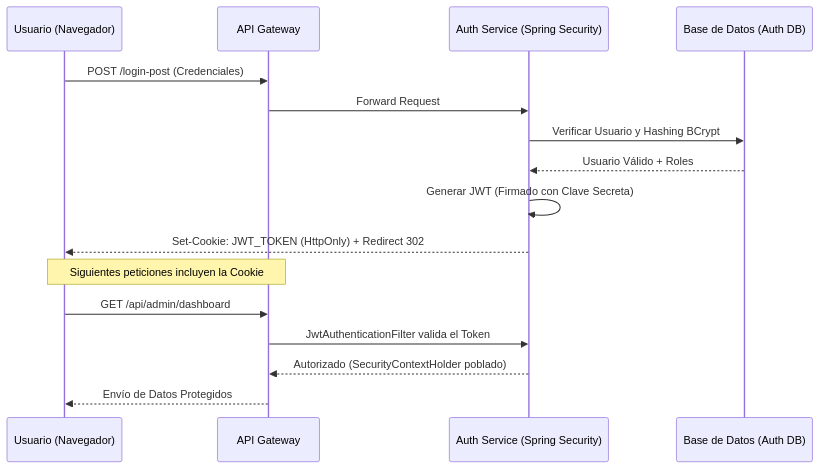
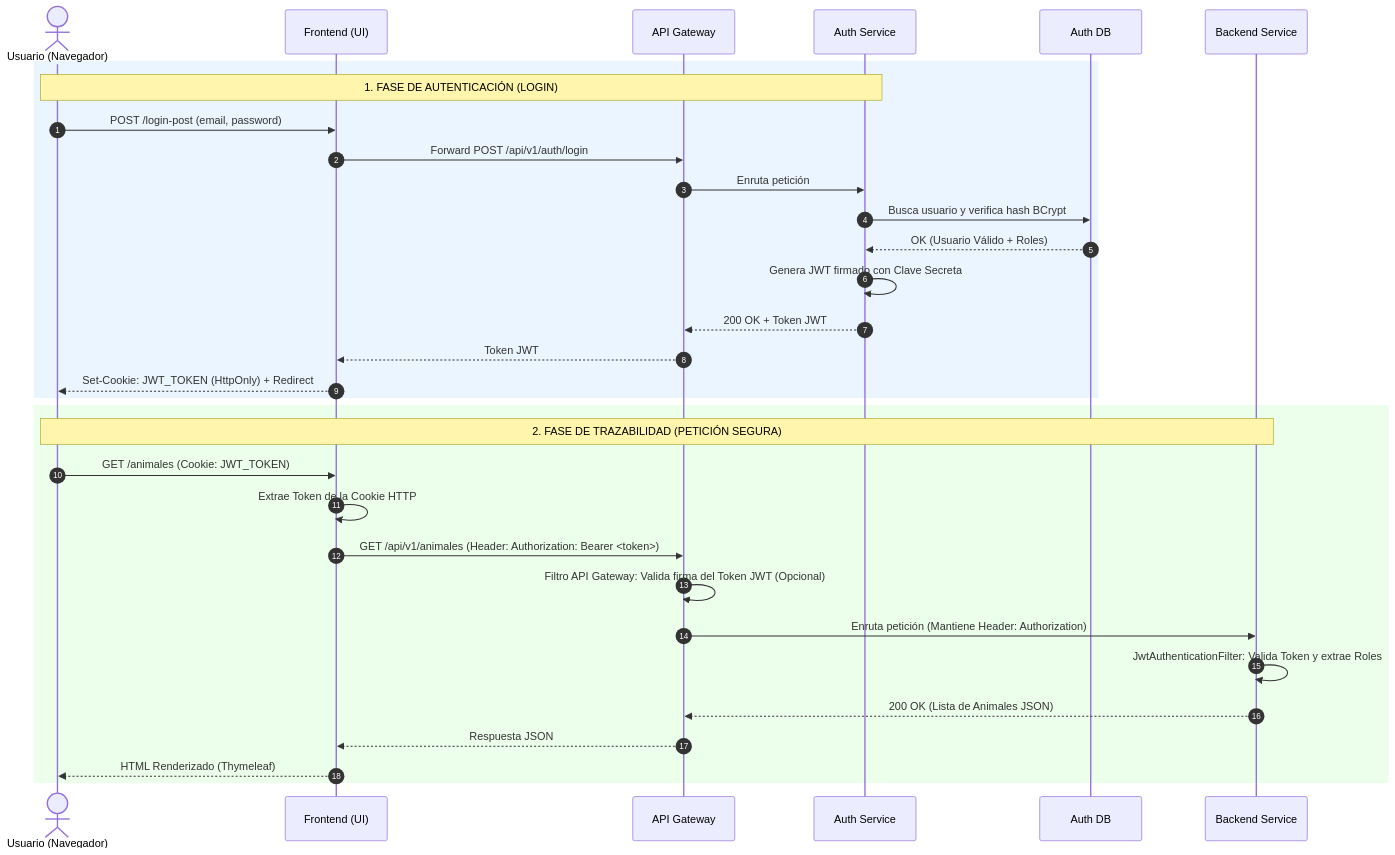
The diagram in doc/seguridad.md (Elibo93/RefugioAnimales), drawn with Mermaid before and after one commit. The commit also changed other lines of this file and 59 other files, not shown here.

````diff
--- a/doc/seguridad.md
+++ b/doc/seguridad.md
@@ -41,21 +43,38 @@
 ```mermaid
 sequenceDiagram
-    participant U as Usuario (Navegador)
-    participant G as API Gateway
-    participant A as Auth Service (Spring Security)
-    participant D as Base de Datos (Auth DB)
+    autonumber
+    actor Cliente as Usuario (Navegador)
+    participant Front as Frontend (UI)
+    participant GW as API Gateway
+    participant Auth as Auth Service
+    participant DB as Auth DB
+    participant Back as Backend Service
 
-    U->>G: POST /login-post (Credenciales)
-    G->>A: Forward Request
-    A->>D: Verificar Usuario y Hashing BCrypt
-    D-->>A: Usuario Válido + Roles
-    A->>A: Generar JWT (Firmado con Clave Secreta)
-    A-->>U: Set-Cookie: JWT_TOKEN (HttpOnly) + Redirect 302
-    
-    Note over U, G: Siguientes peticiones incluyen la Cookie
-    
-    U->>G: GET /api/admin/dashboard
-    G->>A: JwtAuthenticationFilter valida el Token
-    A-->>G: Autorizado (SecurityContextHolder poblado)
-    G-->>U: Envío de Datos Protegidos
+    %% Flujo de Autenticación
+    rect rgb(235, 245, 255)
+    Note over Cliente, Auth: 1. FASE DE AUTENTICACIÓN (LOGIN)
+    Cliente->>Front: POST /login-post (email, password)
+    Front->>GW: Forward POST /api/v1/auth/login
+    GW->>Auth: Enruta petición
+    Auth->>DB: Busca usuario y verifica hash BCrypt
+    DB-->>Auth: OK (Usuario Válido + Roles)
+    Auth->>Auth: Genera JWT firmado con Clave Secreta
+    Auth-->>GW: 200 OK + Token JWT
+    GW-->>Front: Token JWT
+    Front-->>Cliente: Set-Cookie: JWT_TOKEN (HttpOnly) + Redirect
+    end
+
+    %% Flujo de Petición Segura (Trazabilidad)
+    rect rgb(235, 255, 235)
+    Note over Cliente, Back: 2. FASE DE TRAZABILIDAD (PETICIÓN SEGURA)
+    Cliente->>Front: GET /animales (Cookie: JWT_TOKEN)
+    Front->>Front: Extrae Token de la Cookie HTTP
+    Front->>GW: GET /api/v1/animales (Header: Authorization: Bearer <token>)
+    GW->>GW: Filtro API Gateway: Valida firma del Token JWT (Opcional)
+    GW->>Back: Enruta petición (Mantiene Header: Authorization)
+    Back->>Back: JwtAuthenticationFilter: Valida Token y extrae Roles
+    Back-->>GW: 200 OK (Lista de Animales JSON)
+    GW-->>Front: Respuesta JSON
+    Front-->>Cliente: HTML Renderizado (Thymeleaf)
+    end
 ```
````
